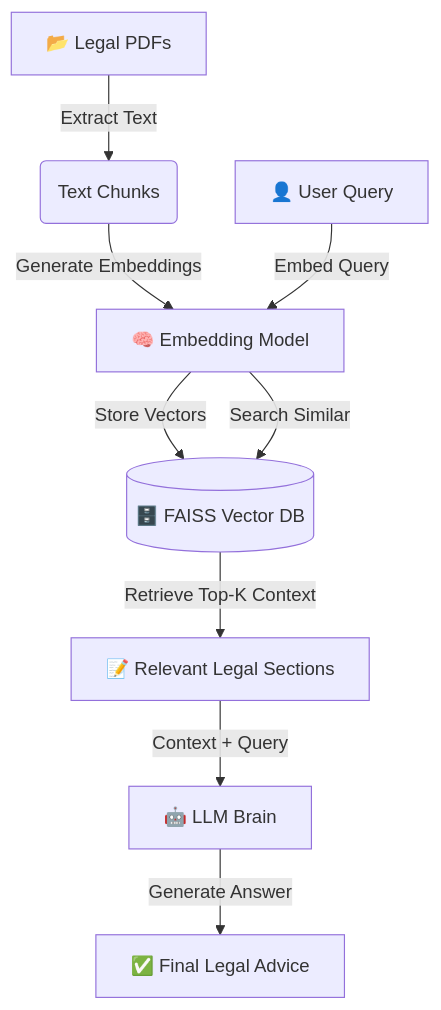
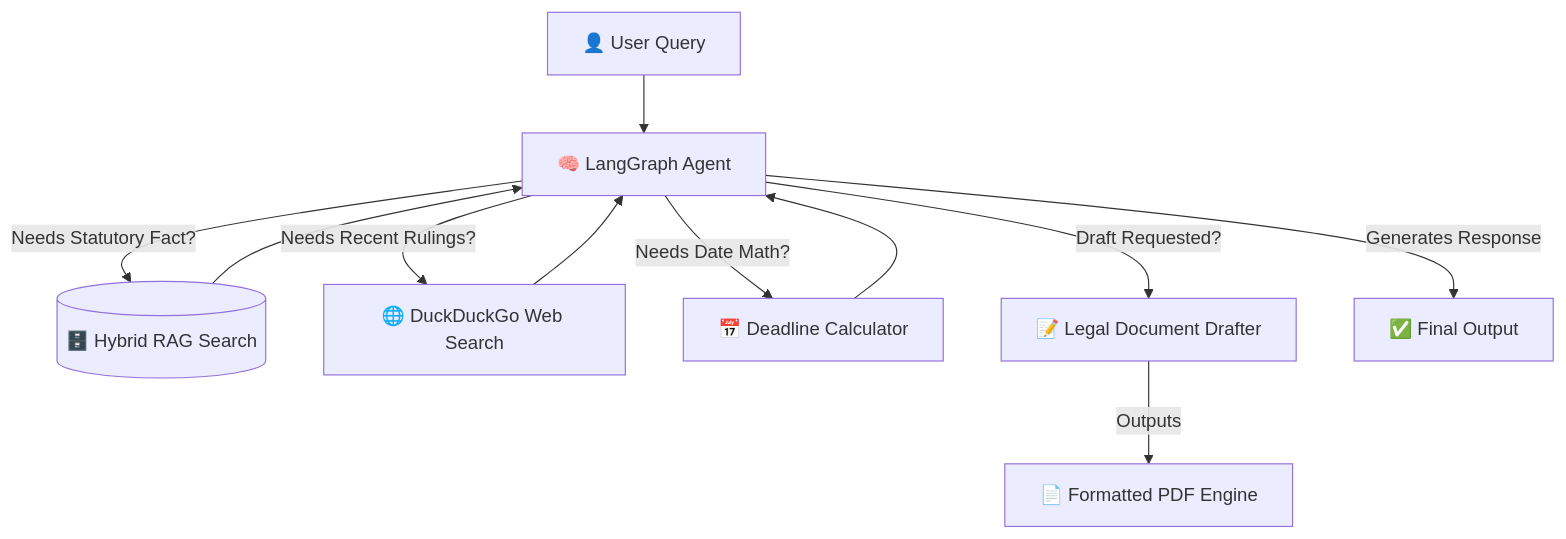
Before and after one commit to Rkgorai/bharat_law_gpt: the first of 2 diagrams in README.md, drawn with Mermaid. The commit also changed other lines of this file, not shown here.

````diff
--- a/README.md
+++ b/README.md
@@ -25,13 +26,16 @@
 ```mermaid
 graph TD
-    A[📂 Legal PDFs] -->|Extract Text| B(Text Chunks)
-    B -->|Generate Embeddings| C[🧠 Embedding Model]
-    C -->|Store Vectors| D[(🗄️ FAISS Vector DB)]
+    User[👤 User Query] --> Agent[🧠 LangGraph Agent]
     
-    E[👤 User Query] -->|Embed Query| C
-    C -->|Search Similar| D
-    D -->|Retrieve Top-K Context| F[📝 Relevant Legal Sections]
+    Agent -->|Needs Statutory Fact?| RAG[(🗄️ Hybrid RAG Search)]
+    Agent -->|Needs Recent Rulings?| Web[🌐 DuckDuckGo Web Search]
+    Agent -->|Needs Date Math?| Calc[📅 Deadline Calculator]
+    Agent -->|Draft Requested?| Drafter[📝 Legal Document Drafter]
     
-    F -->|Context + Query| G[🤖 LLM Brain]
-    G -->|Generate Answer| H[✅ Final Legal Advice]
+    RAG --> Agent
+    Web --> Agent
+    Calc --> Agent
+    
+    Drafter -->|Outputs| PDF[📄 Formatted PDF Engine]
+    Agent -->|Generates Response| Output[✅ Final Output]
 ```
````
